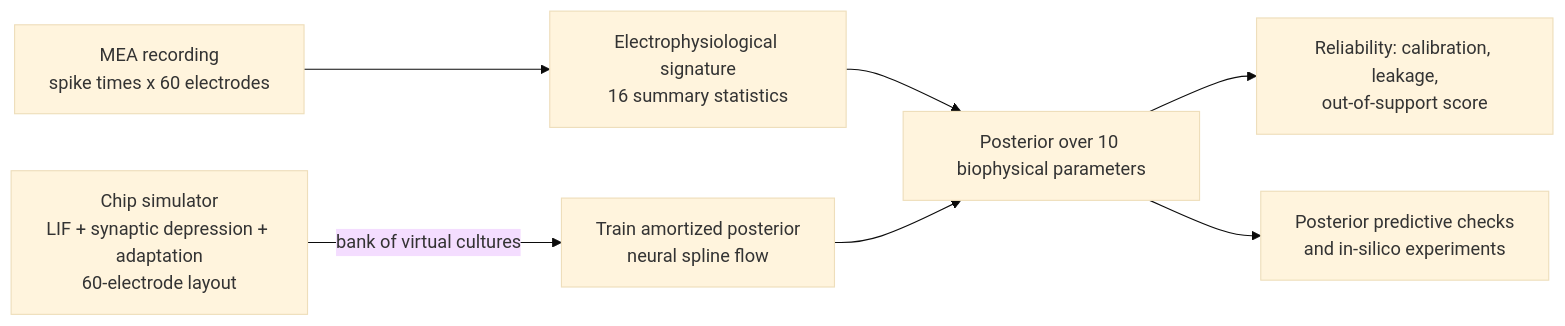
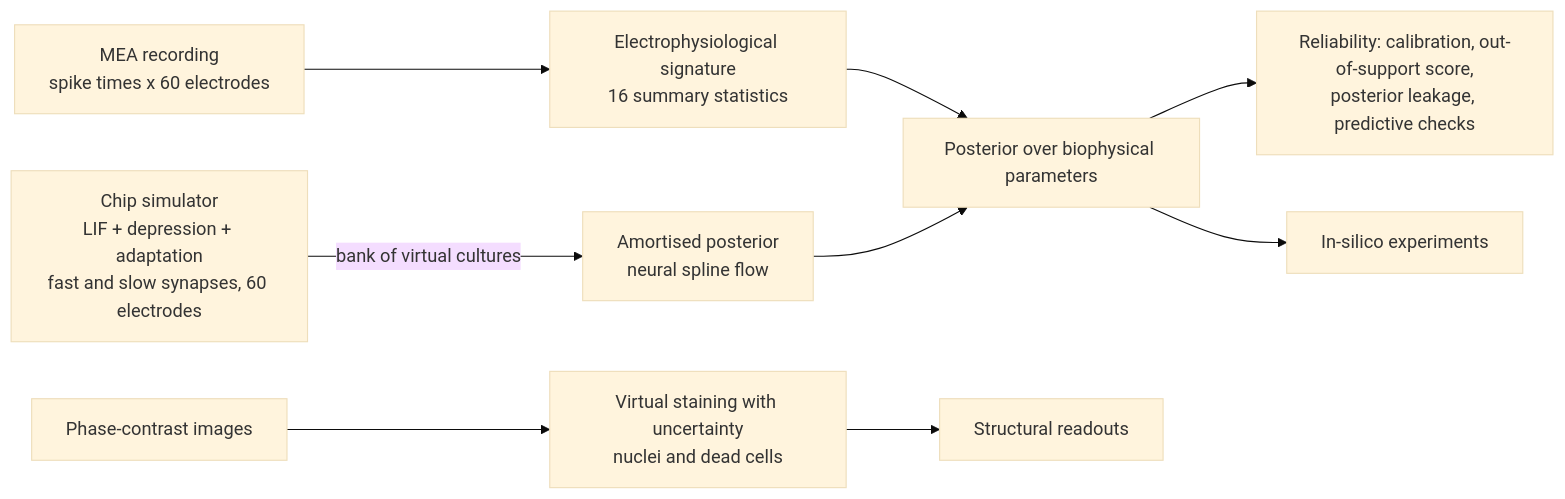
One commit to SanTanBan/neurotwin changed the diagram in README.md. Above: the diagram before and after it, drawn with Mermaid (base theme). The commit also changed other lines of this file and 1 other file, not shown here.

````diff
--- a/README.md
+++ b/README.md
@@ -12,9 +12,10 @@
 ```mermaid
 flowchart LR
   A[MEA recording<br/>spike times x 60 electrodes] --> B[Electrophysiological signature<br/>16 summary statistics]
-  S[Chip simulator<br/>LIF + synaptic depression + adaptation<br/>60-electrode layout] -->|bank of virtual cultures| T[Train amortized posterior<br/>neural spline flow]
-  B --> P[Posterior over 10 biophysical parameters]
+  S[Chip simulator<br/>LIF + depression + adaptation<br/>fast and slow synapses, 60 electrodes] -->|bank of virtual cultures| T[Amortised posterior<br/>neural spline flow]
+  B --> P[Posterior over biophysical parameters]
   T --> P
-  P --> R[Reliability: calibration, leakage,<br/>out-of-support score]
-  P --> F[Posterior predictive checks<br/>and in-silico experiments]
+  P --> R[Reliability: calibration, out-of-support score,<br/>posterior leakage, predictive checks]
+  P --> F[In-silico experiments]
+  I[Phase-contrast images] --> V[Virtual staining with uncertainty<br/>nuclei and dead cells] --> Q[Structural readouts]
 ```
````
